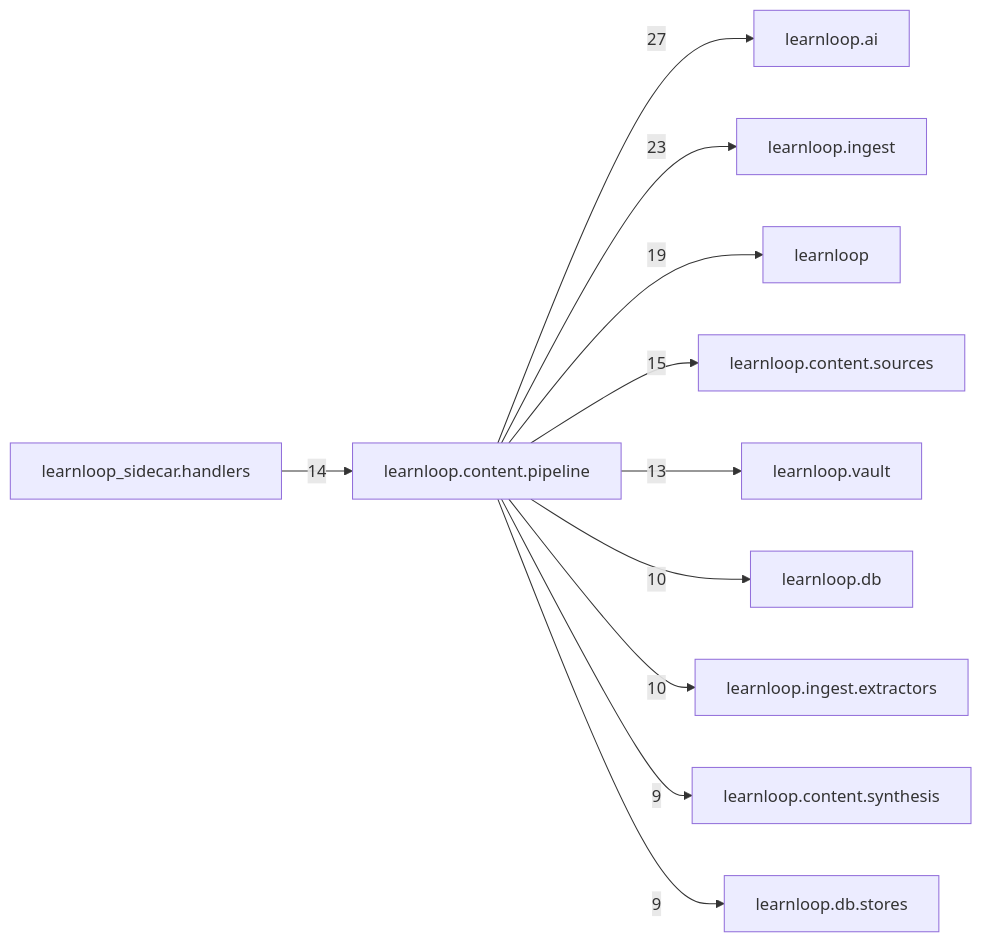
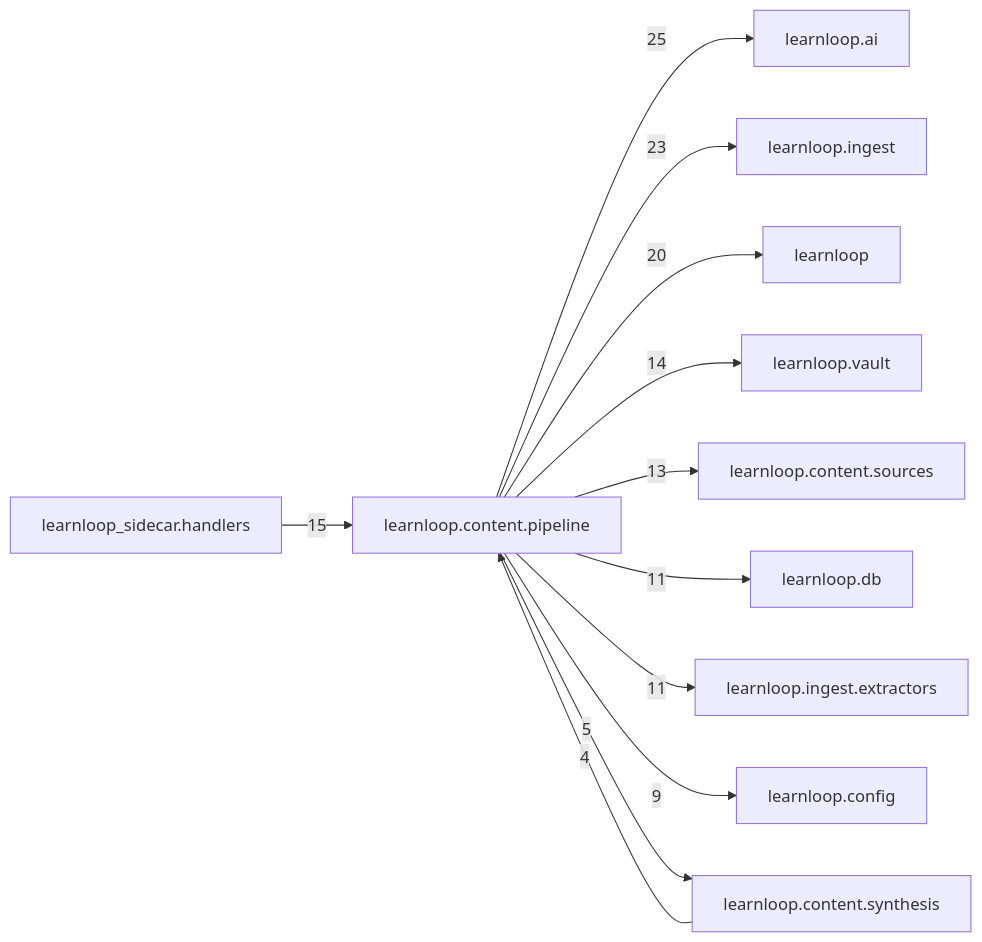
The diagram in docs/learnloop-architecture-vault/Reference/Modules/learnloop/content/pipeline/_package.md (6up-b/learnanything), drawn with Mermaid before and after one commit. The commit also changed other lines of this file and 315 other files, not shown here.

````diff
--- a/docs/learnloop-architecture-vault/Reference/Modules/learnloop/content/pipeline/_package.md
+++ b/docs/learnloop-architecture-vault/Reference/Modules/learnloop/content/pipeline/_package.md
@@ -112,24 +119,25 @@
 ```mermaid
 flowchart LR
     center["learnloop.content.pipeline"]
     n_learnloop_ai["learnloop.ai"]
     n_learnloop_ingest["learnloop.ingest"]
     n_learnloop["learnloop"]
-    n_learnloop_content_sources["learnloop.content.sources"]
     n_learnloop_sidecar_handlers["learnloop_sidecar.handlers"]
     n_learnloop_vault["learnloop.vault"]
+    n_learnloop_content_sources["learnloop.content.sources"]
     n_learnloop_db["learnloop.db"]
     n_learnloop_ingest_extractors["learnloop.ingest.extractors"]
+    n_learnloop_config["learnloop.config"]
     n_learnloop_content_synthesis["learnloop.content.synthesis"]
-    n_learnloop_db_stores["learnloop.db.stores"]
-    center -->|27| n_learnloop_ai
+    center -->|25| n_learnloop_ai
     center -->|23| n_learnloop_ingest
-    center -->|19| n_learnloop
-    center -->|15| n_learnloop_content_sources
-    n_learnloop_sidecar_handlers -->|14| center
-    center -->|13| n_learnloop_vault
-    center -->|10| n_learnloop_db
-    center -->|10| n_learnloop_ingest_extractors
-    center -->|9| n_learnloop_content_synthesis
-    center -->|9| n_learnloop_db_stores
+    center -->|20| n_learnloop
+    n_learnloop_sidecar_handlers -->|15| center
+    center -->|14| n_learnloop_vault
+    center -->|13| n_learnloop_content_sources
+    center -->|11| n_learnloop_db
+    center -->|11| n_learnloop_ingest_extractors
+    center -->|9| n_learnloop_config
+    n_learnloop_content_synthesis -->|4| center
+    center -->|5| n_learnloop_content_synthesis
 ```
````
